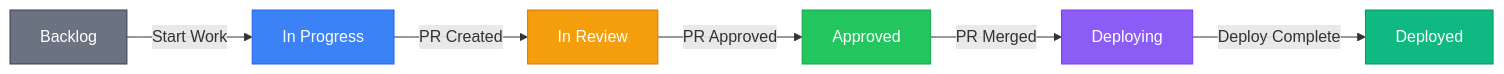
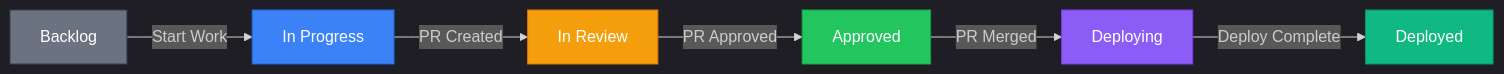
The diagram in docs/model-problem/setup.md (nddipiazza/robos), drawn with Mermaid before and after one commit. The commit also changed 3 other files, not shown here.

First line of the commit message:
fix: set mermaid dark theme on all diagrams for readability

````diff
--- a/docs/model-problem/setup.md
+++ b/docs/model-problem/setup.md
@@ -105,15 +105,16 @@
 ```mermaid
+%%{init: {'theme': 'dark'}}%%
 graph LR
     A[Backlog] -->|Start Work| B[In Progress]
     B -->|PR Created| C[In Review]
     C -->|PR Approved| D[Approved]
     D -->|PR Merged| E[Deploying]
     E -->|Deploy Complete| F[Deployed]
 
     style A fill:#6b7280,stroke:#374151,color:#fff
     style B fill:#3b82f6,stroke:#2563eb,color:#fff
     style C fill:#f59e0b,stroke:#d97706,color:#fff
     style D fill:#22c55e,stroke:#16a34a,color:#fff
     style E fill:#8b5cf6,stroke:#7c3aed,color:#fff
     style F fill:#10b981,stroke:#059669,color:#fff
 ```
````
